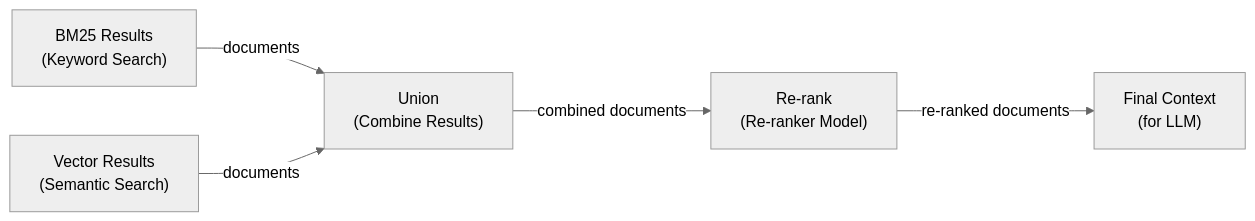
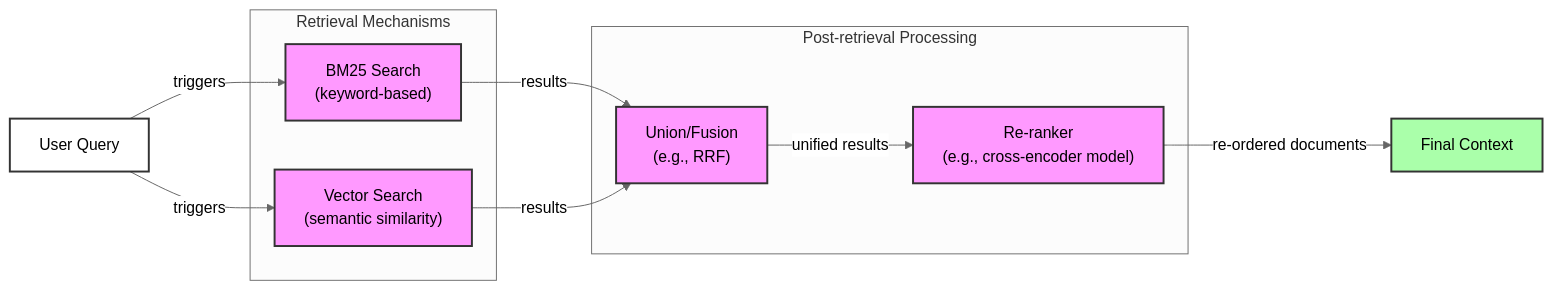
Before and after one commit to YMaXing/Research-Agent-reinforced-by-RL: the third of 4 diagrams in RL_researcher_writer_ymaxing/rl_training_data/noise_experiment/09_RAG__var_standard__replicate1__preset3/article.md, drawn with Mermaid (neutral theme). The commit also changed other lines of this file and 4528 other files, not shown here.

````diff
--- a/RL_researcher_writer_ymaxing/rl_training_data/noise_experiment/09_RAG__var_standard__replicate1__preset3/article.md
+++ b/RL_researcher_writer_ymaxing/rl_training_data/noise_experiment/09_RAG__var_standard__replicate1__preset3/article.md
@@ -109,12 +105,38 @@
 ```mermaid
 flowchart LR
-    BM25["BM25 Results<br/>(Keyword Search)"]
-    Vector["Vector Results<br/>(Semantic Search)"]
+  %% Start of the process
+  A["User Query"]
 
-    BM25 -- "documents" --> Union["Union<br/>(Combine Results)"]
-    Vector -- "documents" --> Union
+  %% Parallel Retrieval Mechanisms
+  subgraph Retrieval["Retrieval Mechanisms"]
+    B["BM25 Search<br/>(keyword-based)"]
+    C["Vector Search<br/>(semantic similarity)"]
+  end
 
-    Union -- "combined documents" --> ReRank["Re-rank<br/>(Re-ranker Model)"]
+  %% Post-retrieval Processing
+  subgraph Processing["Post-retrieval Processing"]
+    D["Union/Fusion<br/>(e.g., RRF)"]
+    E["Re-ranker<br/>(e.g., cross-encoder model)"]
+  end
 
-    ReRank -- "re-ranked documents" --> FinalContext["Final Context<br/>(for LLM)"]
+  %% Final Output
+  F["Final Context"]
+
+  %% Connections
+  A -- "triggers" --> B
+  A -- "triggers" --> C
+  B -- "results" --> D
+  C -- "results" --> D
+  D -- "unified results" --> E
+  E -- "re-ordered documents" --> F
+
+  %% Visual grouping
+  classDef startNode fill:#fff,stroke:#333,stroke-width:2px
+  classDef processNode fill:#f9f,stroke:#333,stroke-width:2px
+  classDef outputNode fill:#afa,stroke:#333,stroke-width:2px
+
+  class A startNode
+  class B,C processNode
+  class D,E processNode
+  class F outputNode
 ```
````
